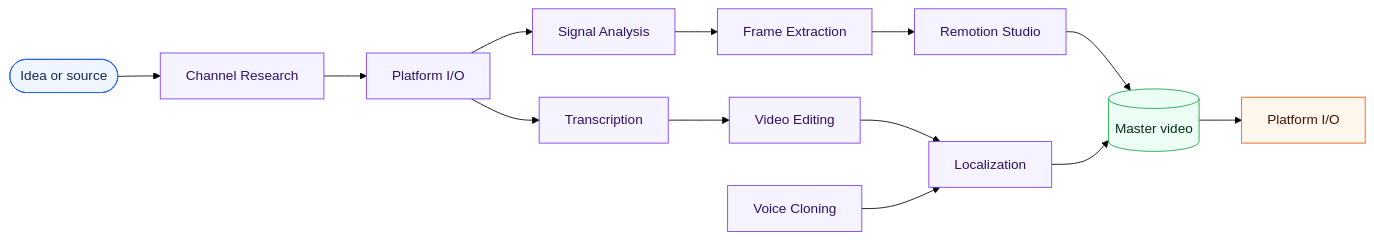
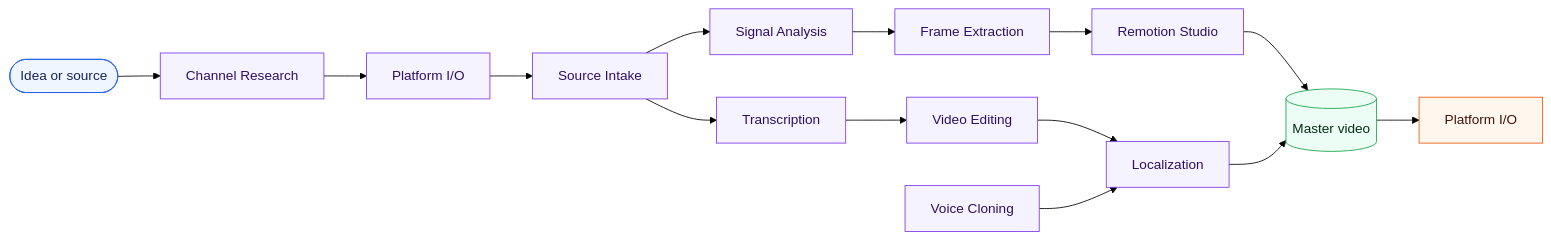
One commit to wohuishuo/cc-video-pipeline changed the first of 2 diagrams in README.md. Above: the diagram before and after it, drawn with Mermaid (forest theme). The commit also changed other lines of this file and 7 other files, not shown here.

Commit message:
docs(source-intake): record MVP boundary and evidence

````diff
--- a/README.md
+++ b/README.md
@@ -21,24 +21,25 @@
 ```mermaid
 flowchart LR
     idea([Idea or source]) --> research[Channel Research]
     research --> download[Platform I/O]
-    download --> transcribe[Transcription]
-    download --> signals[Signal Analysis]
+    download --> intake[Source Intake]
+    intake --> transcribe[Transcription]
+    intake --> signals[Signal Analysis]
     signals --> frames[Frame Extraction]
     transcribe --> edit[Video Editing]
     frames --> studio[Remotion Studio]
     edit --> localize[Localization]
     voice[Voice Cloning] --> localize
     studio --> master[(Master video)]
     localize --> master
     master --> publish[Platform I/O]
 
     classDef source fill:#eff6ff,stroke:#2563eb,color:#172554;
     classDef app fill:#f5f3ff,stroke:#7c3aed,color:#2e1065;
     classDef artifact fill:#ecfdf5,stroke:#16a34a,color:#052e16;
     classDef external fill:#fff7ed,stroke:#ea580c,color:#431407;
     class idea source;
-    class research,download,transcribe,signals,frames,edit,studio,localize,voice app;
+    class research,download,intake,transcribe,signals,frames,edit,studio,localize,voice app;
     class master artifact;
     class publish external;
 ```
````
